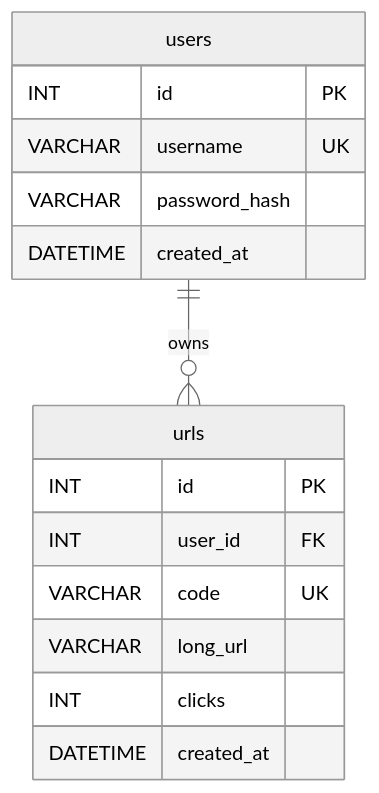
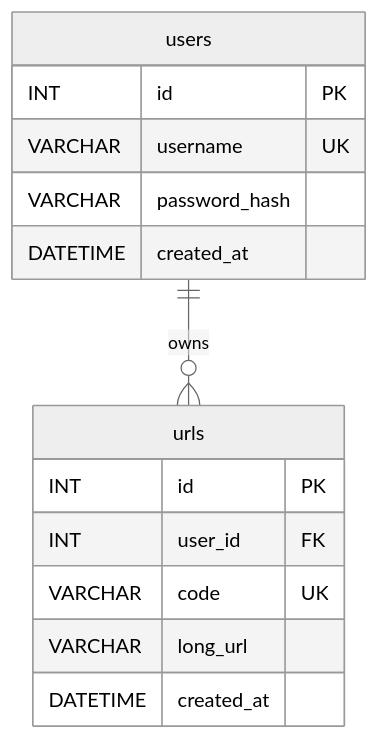
The first of 3 diagrams in docs/specs/database.md (GreenDAS/url_shortener), drawn with Mermaid (neutral theme) before and after one commit. The commit also changed other lines of this file and 6 other files, not shown here.

````diff
--- a/docs/specs/database.md
+++ b/docs/specs/database.md
@@ -57,18 +56,17 @@
 ```mermaid
 erDiagram
     users ||--o{ urls : owns
     users {
         INT id PK
         VARCHAR username UK
         VARCHAR password_hash
         DATETIME created_at
     }
     urls {
         INT id PK
         INT user_id FK
         VARCHAR code UK
         VARCHAR long_url
-        INT clicks
         DATETIME created_at
     }
 ```
````
